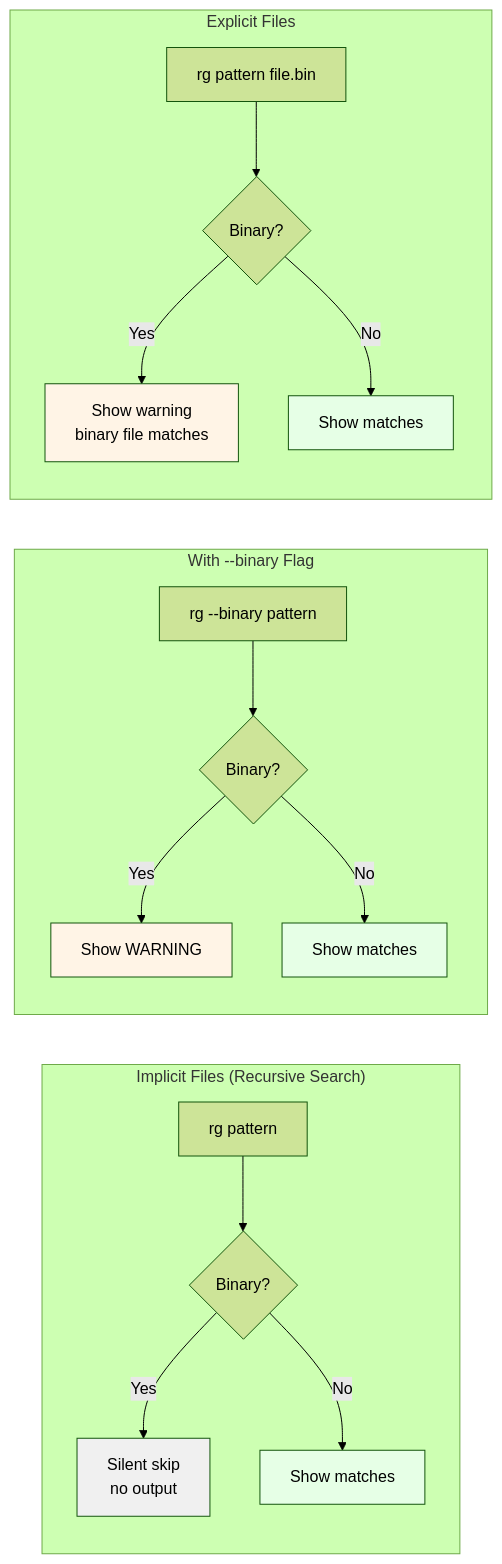
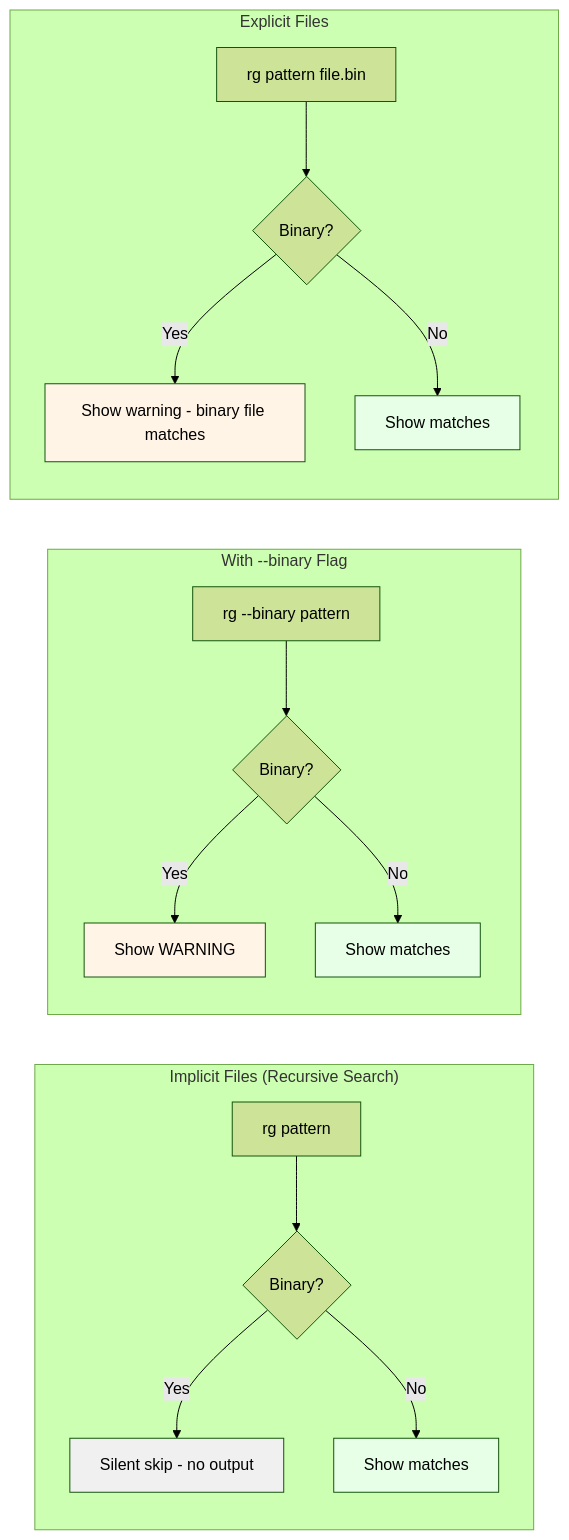
One commit to iepathos/ripgrep changed the second of 2 diagrams in docs/binary-data/examples.md. Above: the diagram before and after it, drawn with Mermaid (forest theme). The commit also changed other lines of this file, not shown here.

First line of the commit message:
docs: improve binary-data examples page diagram labels

````diff
--- a/docs/binary-data/examples.md
+++ b/docs/binary-data/examples.md
@@ -60,29 +55,27 @@
 ```mermaid
 graph LR
     subgraph Implicit["Implicit Files (Recursive Search)"]
         I1[rg pattern] --> I2{Binary?}
-        I2 -->|Yes| I3["Silent skip
-no output"]
+        I2 -->|Yes| I3["Silent skip - no output"]
         I2 -->|No| I4[Show matches]
     end
 
     subgraph ImplicitBinary["With --binary Flag"]
         IB1[rg --binary pattern] --> IB2{Binary?}
         IB2 -->|Yes| IB3[Show WARNING]
         IB2 -->|No| IB4[Show matches]
     end
 
     subgraph Explicit["Explicit Files"]
         E1[rg pattern file.bin] --> E2{Binary?}
-        E2 -->|Yes| E3["Show warning
-binary file matches"]
+        E2 -->|Yes| E3["Show warning - binary file matches"]
         E2 -->|No| E4[Show matches]
     end
 
     style I3 fill:#f0f0f0
     style IB3 fill:#fff4e6
     style E3 fill:#fff4e6
     style I4 fill:#e6ffe6
     style IB4 fill:#e6ffe6
     style E4 fill:#e6ffe6
 ```
````
